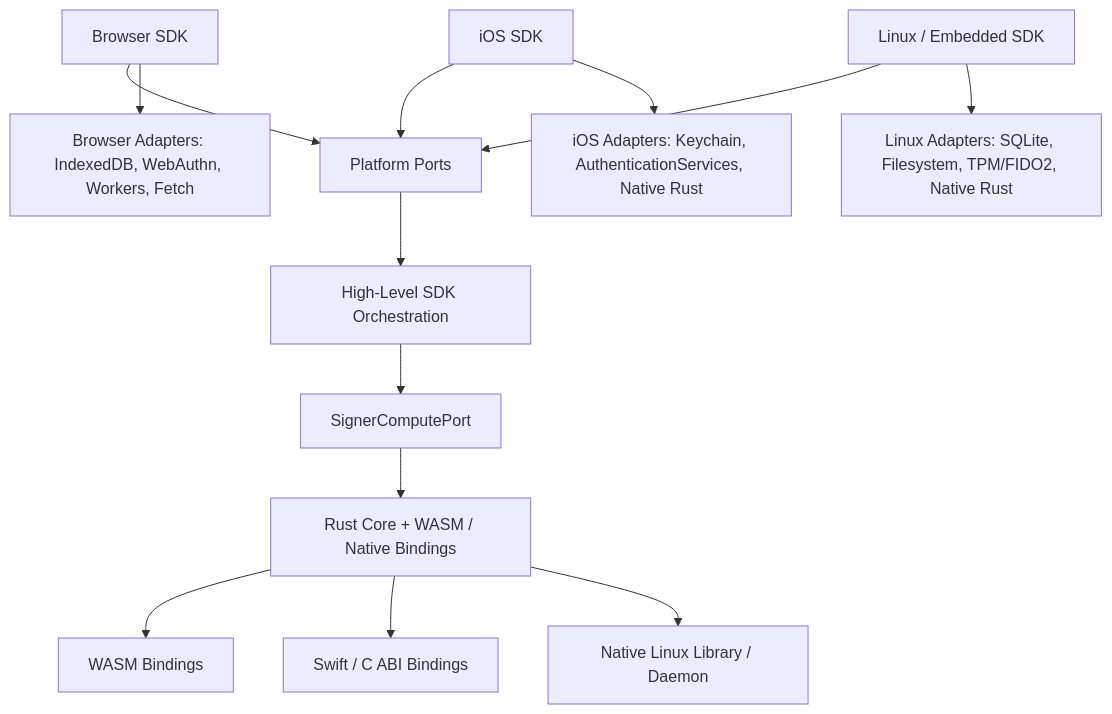
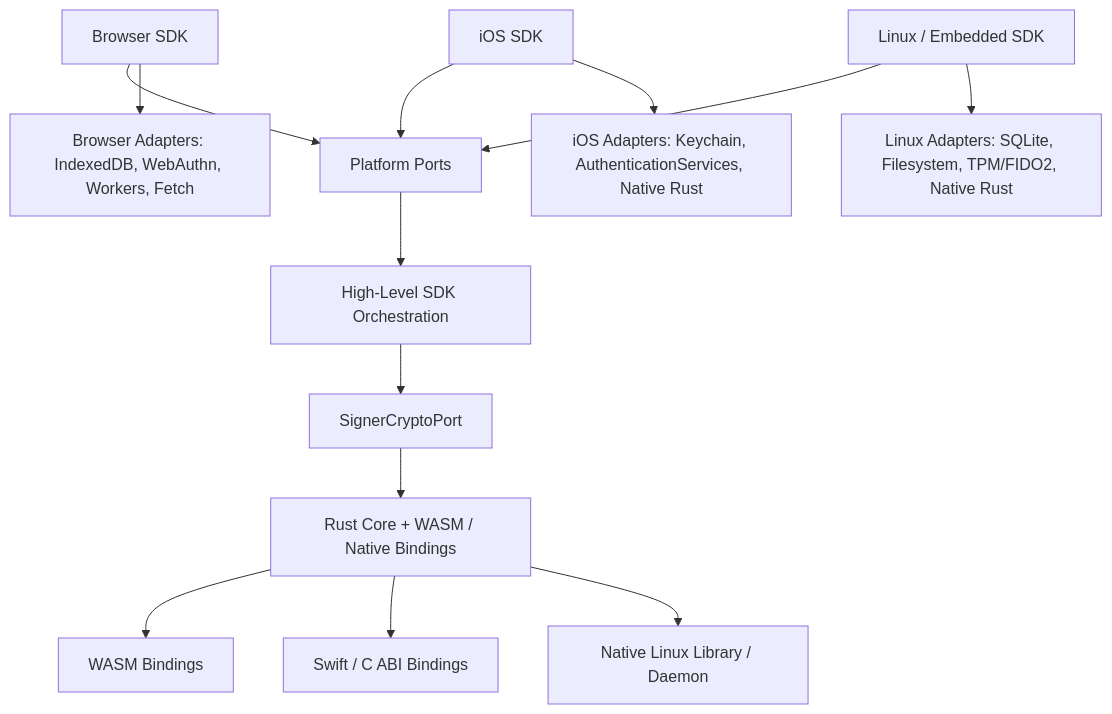
One commit to seams-tech/seams-sdk changed the diagram in docs/refactor-5x-cross-platform.md. Above: the diagram before and after it, drawn with Mermaid. The commit also changed other lines of this file and 198 other files, not shown here.

````diff
--- a/docs/refactor-5x-cross-platform.md
+++ b/docs/refactor-5x-cross-platform.md
@@ -161,18 +165,18 @@
 ```mermaid
 flowchart TD
   WEB["Browser SDK"] --> PORTS["Platform Ports"]
   IOS["iOS SDK"] --> PORTS
   LINUX["Linux / Embedded SDK"] --> PORTS
 
   PORTS --> CORE_TS["High-Level SDK Orchestration"]
-  CORE_TS --> COMPUTE["SignerComputePort"]
-  COMPUTE --> RUST["Rust Core + WASM / Native Bindings"]
+  CORE_TS --> CRYPTO["SignerCryptoPort"]
+  CRYPTO --> RUST["Rust Core + WASM / Native Bindings"]
 
   WEB --> WEB_IMPL["Browser Adapters: IndexedDB, WebAuthn, Workers, Fetch"]
   IOS --> IOS_IMPL["iOS Adapters: Keychain, AuthenticationServices, Native Rust"]
   LINUX --> LINUX_IMPL["Linux Adapters: SQLite, Filesystem, TPM/FIDO2, Native Rust"]
 
   RUST --> WASM["WASM Bindings"]
   RUST --> SWIFT["Swift / C ABI Bindings"]
   RUST --> NATIVE["Native Linux Library / Daemon"]
 ```
````
